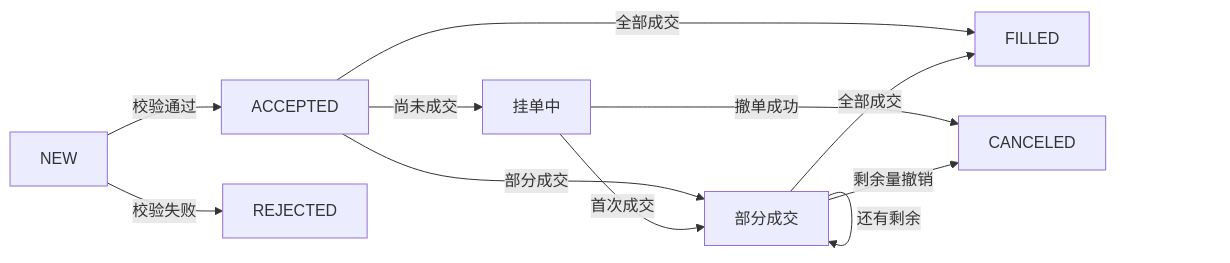
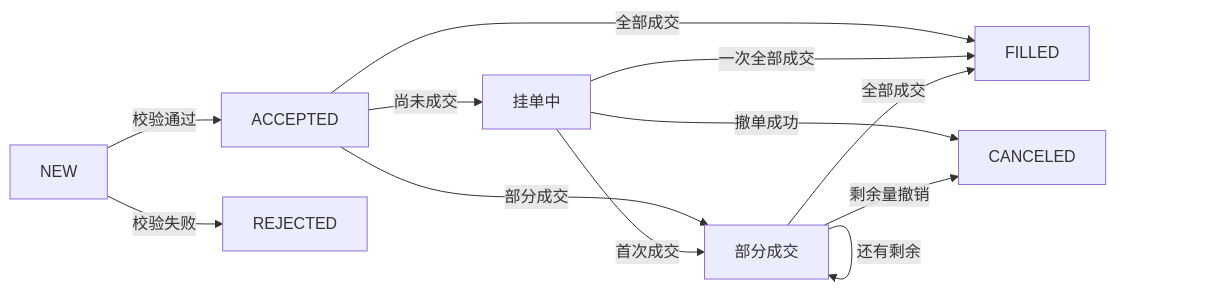
One commit to xiaoheng008/futures changed the first of 2 diagrams in content/book/ch02-order-acceptance/_index.md. Above: the diagram before and after it, drawn with Mermaid. The commit also changed other lines of this file and 6 other files, not shown here.

````diff
--- a/content/book/ch02-order-acceptance/_index.md
+++ b/content/book/ch02-order-acceptance/_index.md
@@ -30,13 +30,14 @@
 ```mermaid
 flowchart LR
   N[NEW] -->|校验通过| A[ACCEPTED]
   N -->|校验失败| R[REJECTED]
   A -->|尚未成交| O[挂单中]
   A -->|部分成交| P[部分成交]
   A -->|全部成交| F[FILLED]
   O -->|首次成交| P
+  O -->|一次全部成交| F
   P -->|还有剩余| P
   P -->|全部成交| F[FILLED]
   O -->|撤单成功| C[CANCELED]
   P -->|剩余量撤销| C
 ```
````
